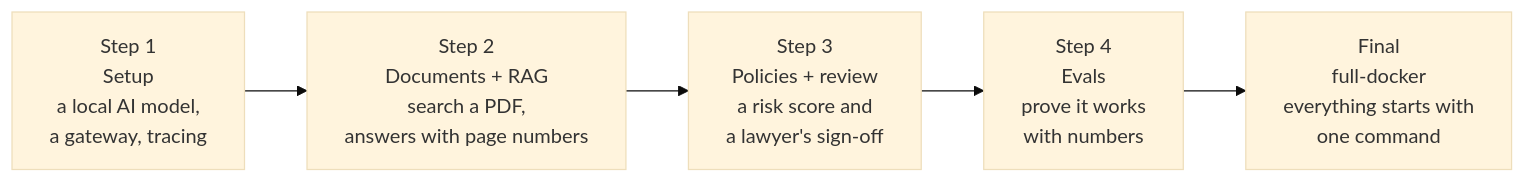
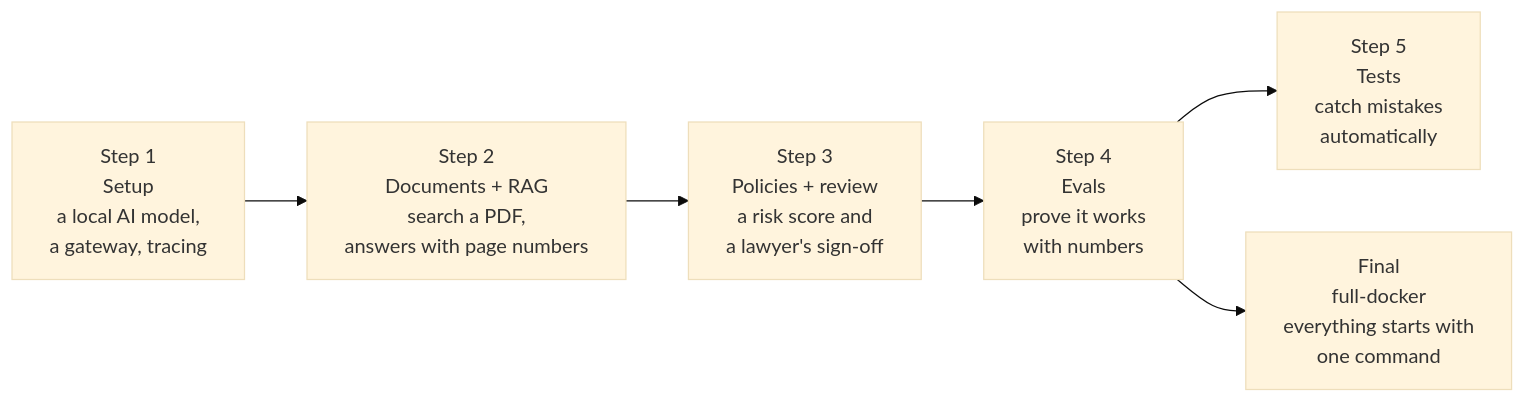
Before and after one commit to AnjaniMalhotra/legal-docs-review: the diagram in STEPS.md, drawn with Mermaid (base theme). The commit also changed other lines of this file and 14 other files, not shown here.

First line of the commit message:
Step 5 · Tests: simple tests on real contracts, attacks and the golden rules

````diff
--- a/STEPS.md
+++ b/STEPS.md
@@ -6,7 +6,8 @@
 ```mermaid
 flowchart LR
     S1["Step 1<br/>Setup<br/>a local AI model,<br/>a gateway, tracing"] --> S2["Step 2<br/>Documents + RAG<br/>search a PDF,<br/>answers with page numbers"]
     S2 --> S3["Step 3<br/>Policies + review<br/>a risk score and<br/>a lawyer's sign-off"]
     S3 --> S4["Step 4<br/>Evals<br/>prove it works<br/>with numbers"]
+    S4 --> T5["Step 5<br/>Tests<br/>catch mistakes<br/>automatically"]
     S4 --> S5["Final<br/>full-docker<br/>everything starts with<br/>one command"]
 ```
````
